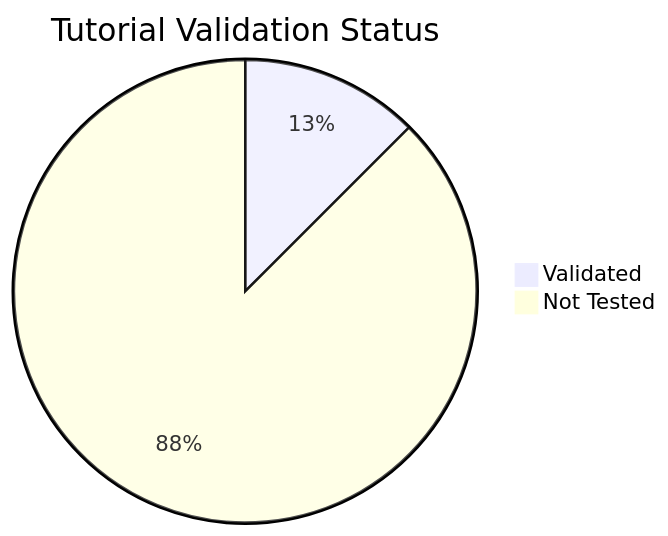
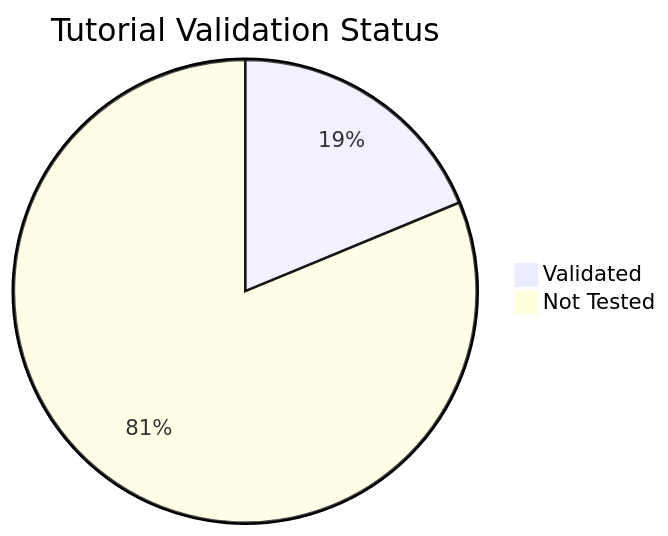
The diagram in docs/reference/validation-status.md (yeongseon/azure-functions-practical-guide), drawn with Mermaid before and after one commit. The commit also changed other lines of this file and 7 other files, not shown here.

````diff
--- a/docs/reference/validation-status.md
+++ b/docs/reference/validation-status.md
@@ -17,5 +17,5 @@
 ```mermaid
 pie title Tutorial Validation Status
-    "Validated" : 14
-    "Not Tested" : 98
+    "Validated" : 21
+    "Not Tested" : 91
 ```
````
